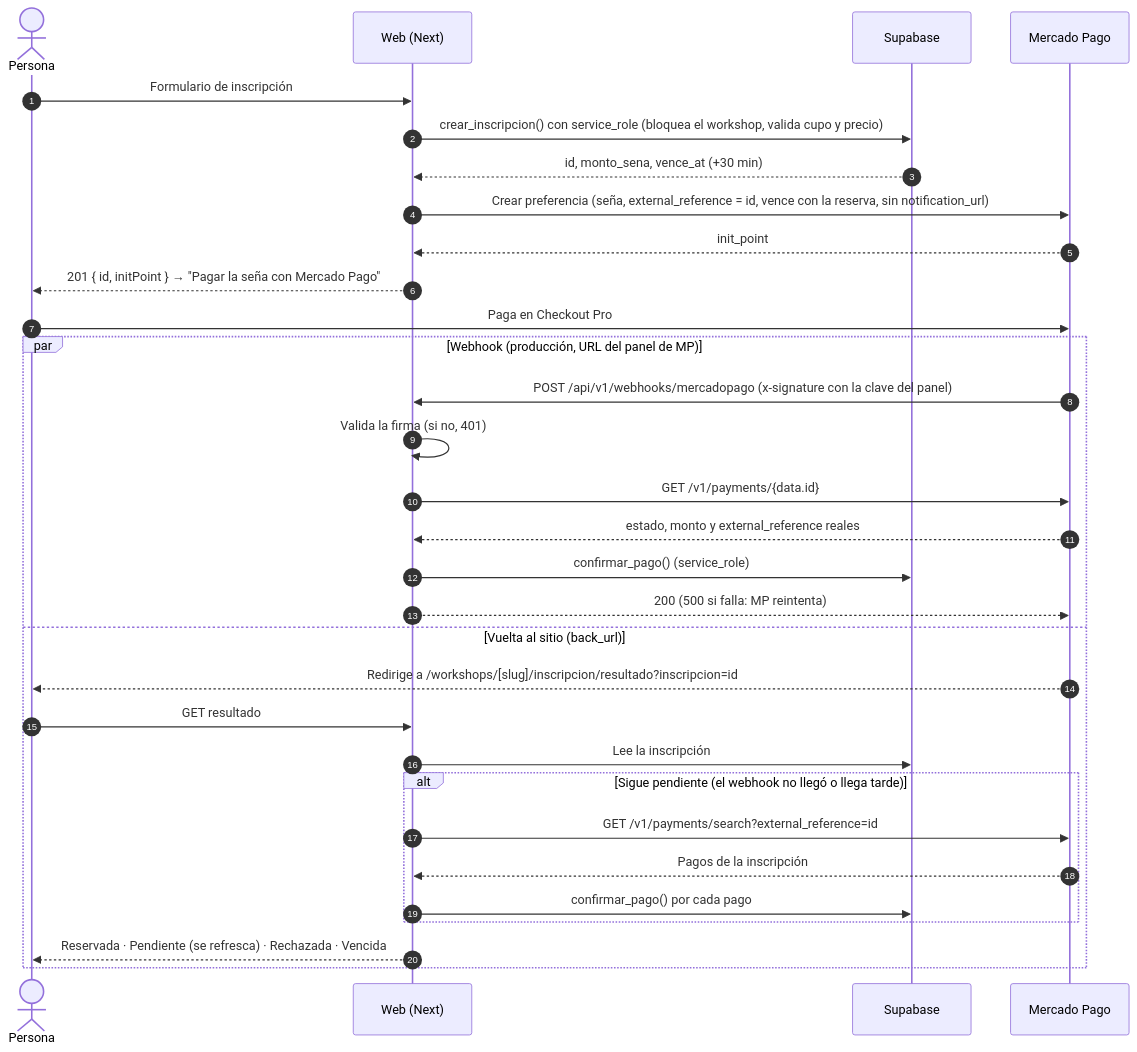
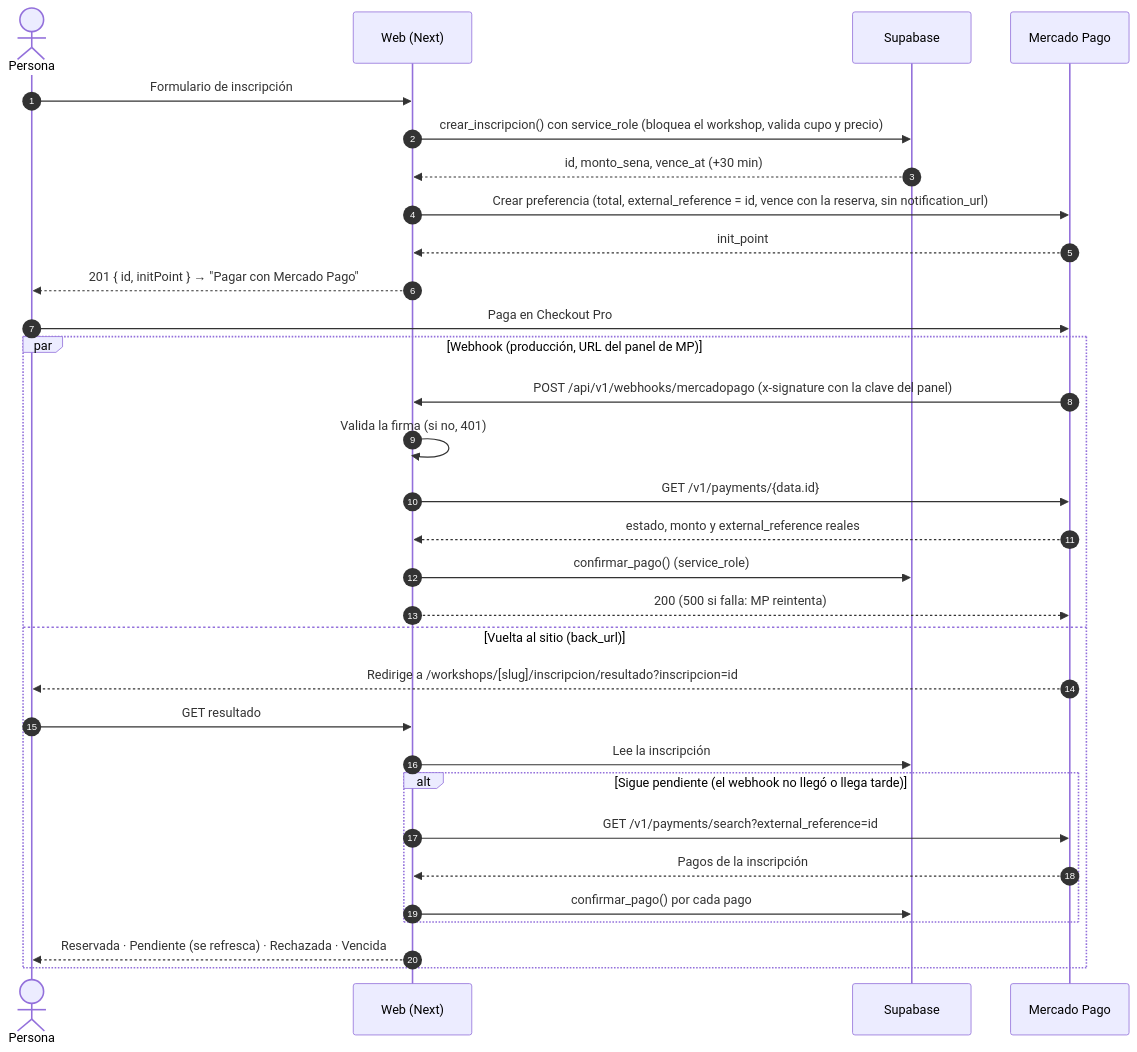
The diagram in docs/pagos.md (trevisancata/home-bakery), drawn with Mermaid before and after one commit. The commit also changed other lines of this file and 8 other files, not shown here.

````diff
--- a/docs/pagos.md
+++ b/docs/pagos.md
@@ -9,35 +16,35 @@
 ```mermaid
 sequenceDiagram
   autonumber
   actor P as Persona
   participant W as Web (Next)
   participant DB as Supabase
   participant MP as Mercado Pago
 
   P->>W: Formulario de inscripción
   W->>DB: crear_inscripcion() con service_role (bloquea el workshop, valida cupo y precio)
   DB-->>W: id, monto_sena, vence_at (+30 min)
-  W->>MP: Crear preferencia (seña, external_reference = id, vence con la reserva, sin notification_url)
+  W->>MP: Crear preferencia (total, external_reference = id, vence con la reserva, sin notification_url)
   MP-->>W: init_point
-  W-->>P: 201 { id, initPoint } → "Pagar la seña con Mercado Pago"
+  W-->>P: 201 { id, initPoint } → "Pagar con Mercado Pago"
   P->>MP: Paga en Checkout Pro
 
   par Webhook (producción, URL del panel de MP)
     MP->>W: POST /api/v1/webhooks/mercadopago (x-signature con la clave del panel)
     W->>W: Valida la firma (si no, 401)
     W->>MP: GET /v1/payments/{data.id}
     MP-->>W: estado, monto y external_reference reales
     W->>DB: confirmar_pago() (service_role)
     W-->>MP: 200 (500 si falla: MP reintenta)
   and Vuelta al sitio (back_url)
     MP-->>P: Redirige a /workshops/[slug]/inscripcion/resultado?inscripcion=id
     P->>W: GET resultado
     W->>DB: Lee la inscripción
     alt Sigue pendiente (el webhook no llegó o llega tarde)
       W->>MP: GET /v1/payments/search?external_reference=id
       MP-->>W: Pagos de la inscripción
       W->>DB: confirmar_pago() por cada pago
     end
     W-->>P: Reservada · Pendiente (se refresca) · Rechazada · Vencida
   end
 ```
````
